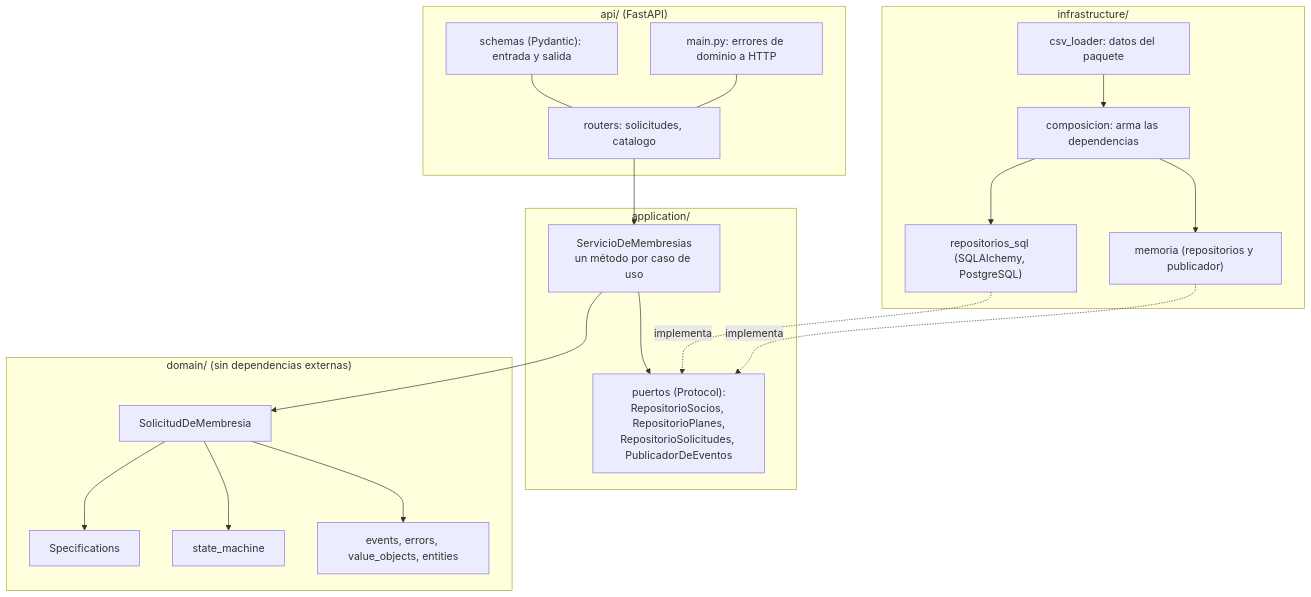
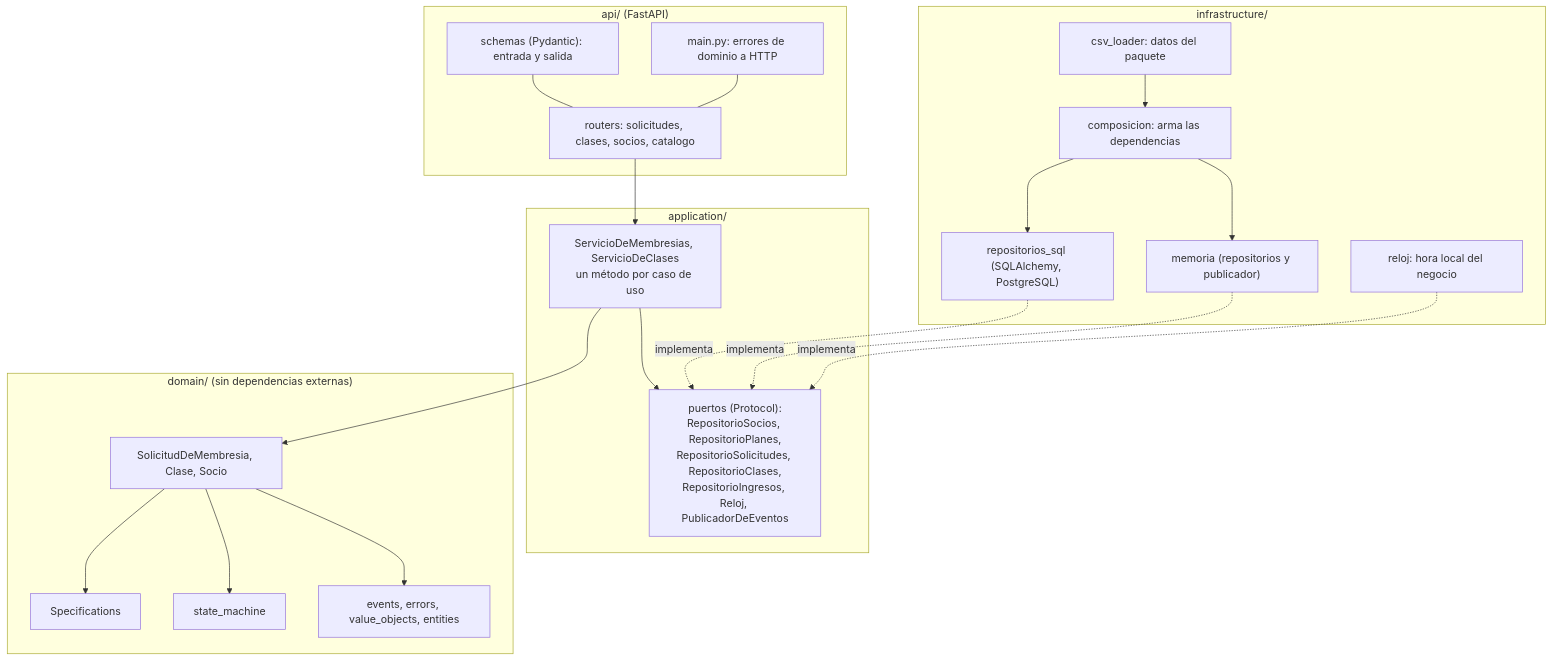
The second of 3 diagrams in docs/architecture/modelo-dominio.md (emmxnueo/fit-zone-cln), drawn with Mermaid before and after one commit. The commit also changed other lines of this file and 17 other files, not shown here.

````diff
--- a/docs/architecture/modelo-dominio.md
+++ b/docs/architecture/modelo-dominio.md
@@ -160,37 +170,39 @@
 ```mermaid
 flowchart TB
   subgraph API["api/ (FastAPI)"]
-    R["routers: solicitudes, catalogo"]
+    R["routers: solicitudes, clases, socios, catalogo"]
     S["schemas (Pydantic): entrada y salida"]
     M["main.py: errores de dominio a HTTP"]
   end
   subgraph APP["application/"]
-    SV["ServicioDeMembresias<br/>un método por caso de uso"]
-    P["puertos (Protocol):<br/>RepositorioSocios, RepositorioPlanes,<br/>RepositorioSolicitudes, PublicadorDeEventos"]
+    SV["ServicioDeMembresias, ServicioDeClases<br/>un método por caso de uso"]
+    P["puertos (Protocol):<br/>RepositorioSocios, RepositorioPlanes,<br/>RepositorioSolicitudes, RepositorioClases,<br/>RepositorioIngresos, Reloj, PublicadorDeEventos"]
   end
   subgraph DOM["domain/ (sin dependencias externas)"]
-    AG["SolicitudDeMembresia"]
+    AG["SolicitudDeMembresia, Clase, Socio"]
     SP["Specifications"]
     SM["state_machine"]
     EV["events, errors, value_objects, entities"]
   end
   subgraph INF["infrastructure/"]
     SQL["repositorios_sql (SQLAlchemy, PostgreSQL)"]
     MEM["memoria (repositorios y publicador)"]
     CMP["composicion: arma las dependencias"]
+    RLJ["reloj: hora local del negocio"]
     CSV["csv_loader: datos del paquete"]
   end
   R --> SV
   S --- R
   M --- R
   SV --> AG
   SV --> P
   AG --> SP
   AG --> SM
   AG --> EV
   SQL -. "implementa" .-> P
   MEM -. "implementa" .-> P
+  RLJ -. "implementa" .-> P
   CMP --> SQL
   CMP --> MEM
   CSV --> CMP
 ```
````
